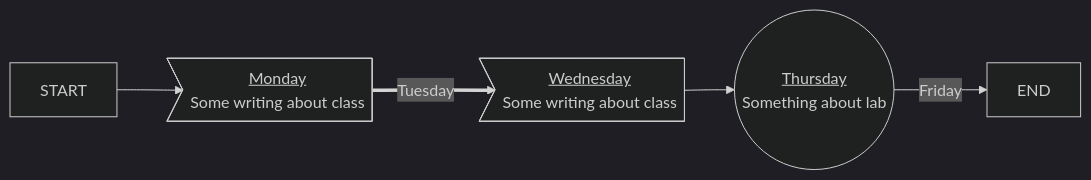
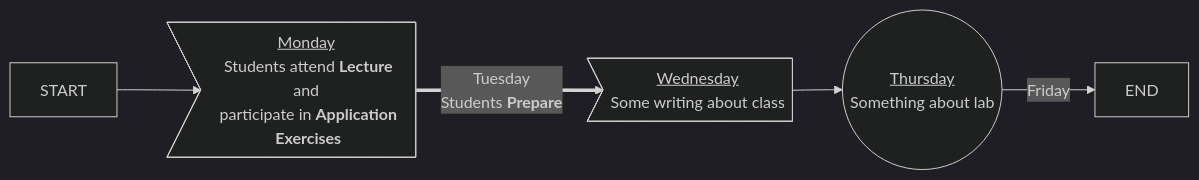
One commit to ElijahMeyer3/199-Paper changed the third of 4 diagrams in viz-example.qmd. Above: the diagram before and after it, drawn with Mermaid (dark theme). The commit also changed other lines of this file and 31 other files, not shown here.

````diff
--- a/viz-example.qmd
+++ b/viz-example.qmd
@@ -40,7 +39,7 @@
 ```{mermaid}
 flowchart LR
     START:::hidden --> A
-    A><u>Monday</u> <br> Some writing about class] ==>|Tuesday| B><u>Wednesday </u><br> Some writing about class ]
+    A><u>Monday</u> <br> Students attend <b>Lecture</b> and <br> participate in <b>Application Exercises</b>] ==>|Tuesday <br> Students <b> Prepare </br>| B><u>Wednesday </u><br> Some writing about class ]
     B --> C((<u> Thursday <br/> </u> Something about lab ))
     C -->|Friday| END:::hidden
 ```
````
